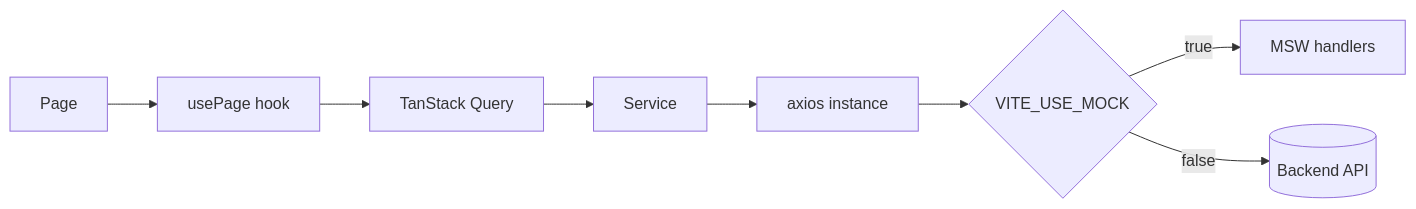
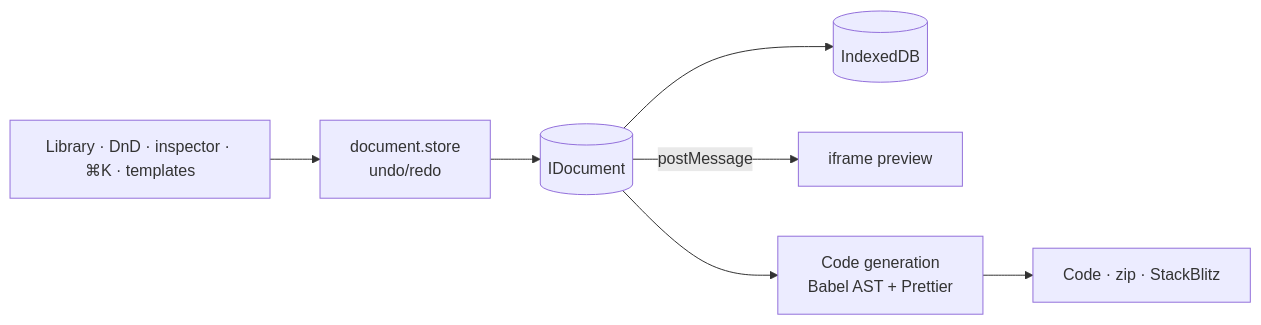
One commit to timurrc/Sectio changed the diagram in README.en.md. Above: the diagram before and after it, drawn with Mermaid. The commit also changed other lines of this file and 1 other file, not shown here.

````diff
--- a/README.en.md
+++ b/README.en.md
@@ -24,10 +23,9 @@
 ```mermaid
 flowchart LR
-    P[Page] --> H[usePage hook]
-    H --> Q[TanStack Query]
-    Q --> S[Service]
-    S --> A[axios instance]
-    A --> M{VITE_USE_MOCK}
-    M -- true --> W[MSW handlers]
-    M -- false --> B[(Backend API)]
+    U[Library · DnD · inspector · ⌘K · templates] --> S[document.store<br/>undo/redo]
+    S --> D[(IDocument)]
+    D --> DB[(IndexedDB)]
+    D -- postMessage --> P[iframe preview]
+    D --> C[Code generation<br/>Babel AST + Prettier]
+    C --> Z[Code · zip · StackBlitz]
 ```
````
